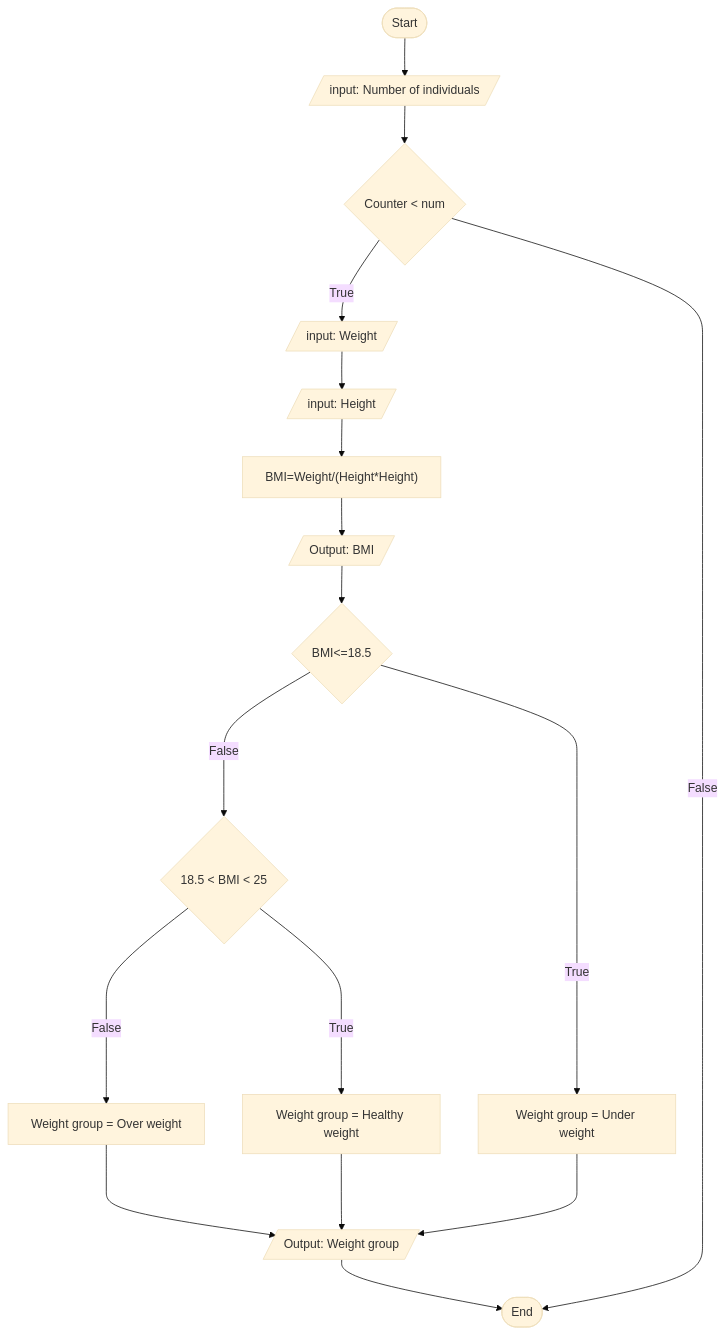
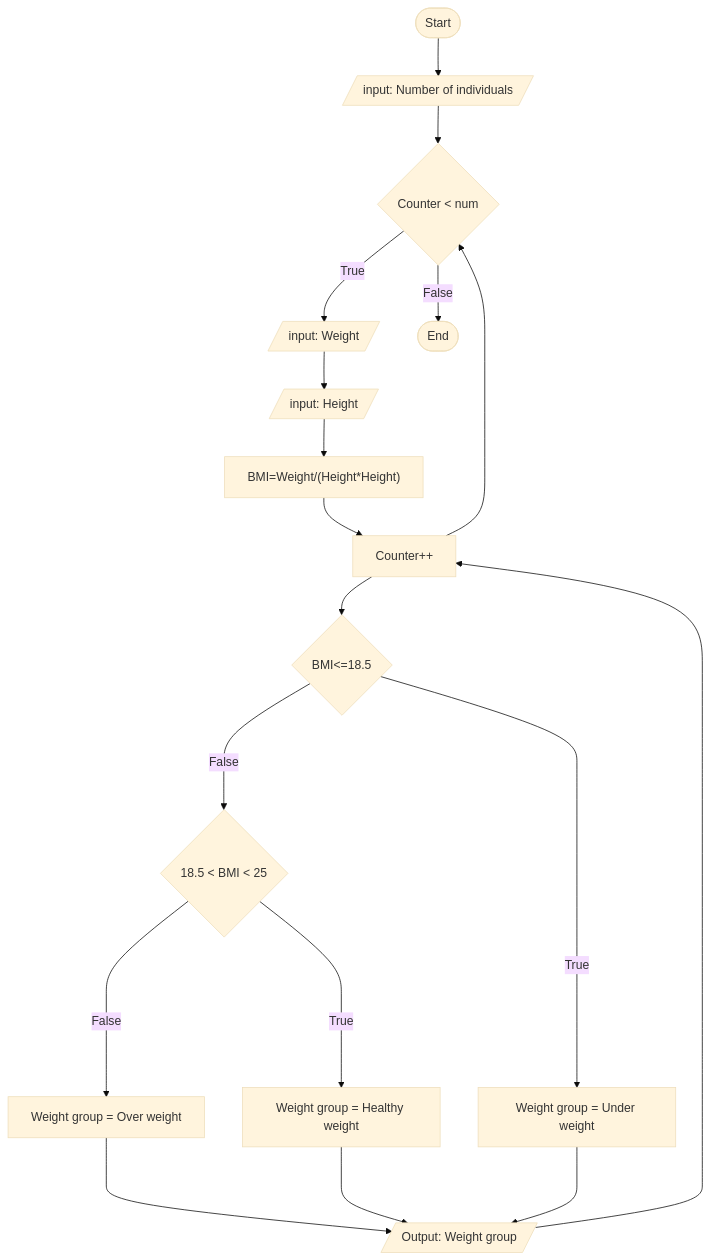
The diagram in ETS1210_Sahleselase_Asmamaw/BMI_calculator.md (SWEG-2016EC-Batch/System32), drawn with Mermaid (base theme) before and after one commit.

````diff
--- a/ETS1210_Sahleselase_Asmamaw/BMI_calculator.md
+++ b/ETS1210_Sahleselase_Asmamaw/BMI_calculator.md
@@ -37,21 +37,22 @@
 ``` mermaid
 flowchart 
 id1([Start])-->id2[/input: Number of individuals/]
 id2-->id3{Counter < num}
 
 id3--True-->id4[/input: Weight/]
 id4-->id5[/input: Height/]
 id5-->id6["BMI=Weight/(Height*Height)"] 
 id6-->id14[/Output: BMI/]
 id14-->id7{BMI<=18.5}
 id7--False--->id8{18.5 < BMI < 25}
 id8--False-->id9[Weight group = Over weight]
 id9--->id10[/Output: Weight group/]
 id7--True--->id11[Weight group = Under weight]
 id11--->id10
 id8--True---->id12[Weight group = Healthy weight]
 id12--->id10
-id10-->id13([End])
-id3--False-->id13
 
+id3--False-->id13([End])
+id10-->id14[Counter++]
+id14-->id3
 ```
````
